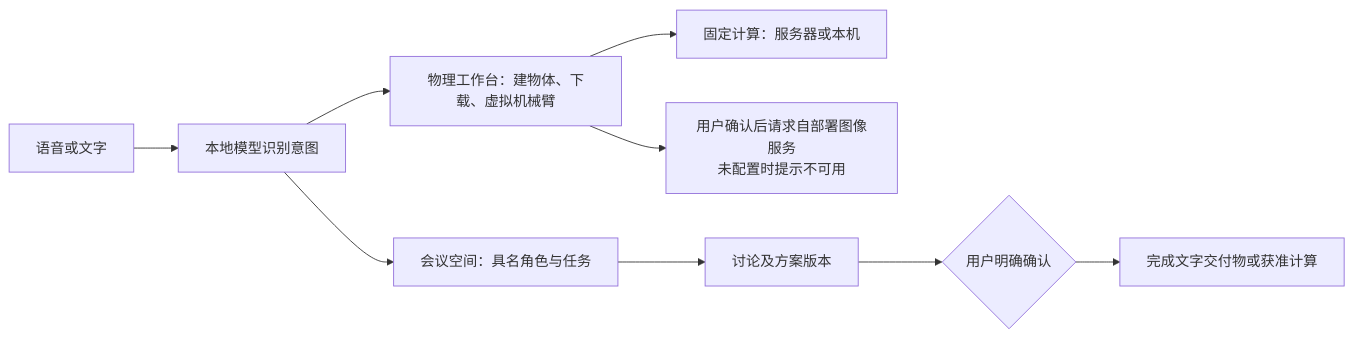
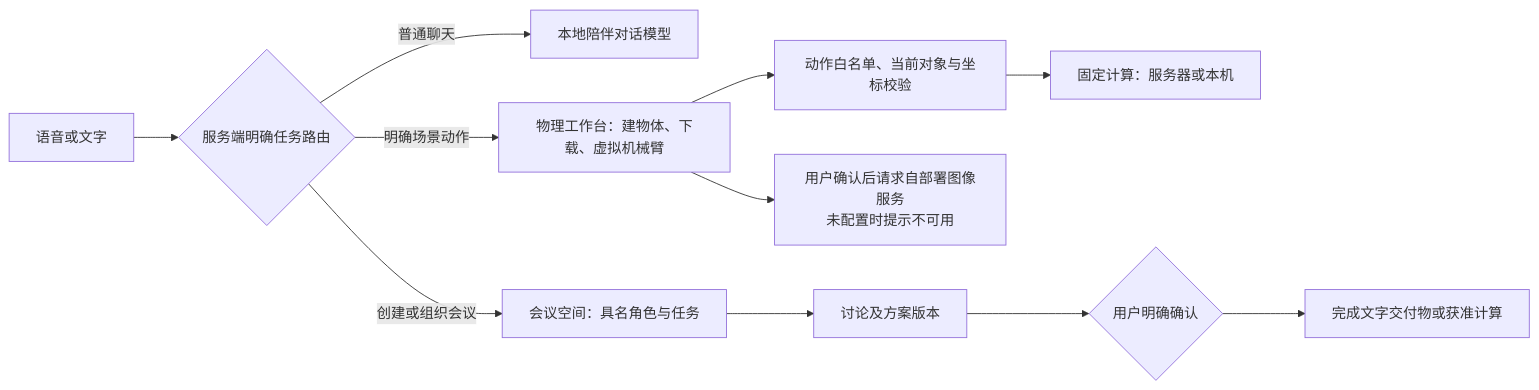
Before and after one commit to wuki-creator/Xim-duplex: the first of 6 diagrams in docs/MODEL_FLOW.md, drawn with Mermaid. The commit also changed other lines of this file and 19 other files, not shown here.

````diff
--- a/docs/MODEL_FLOW.md
+++ b/docs/MODEL_FLOW.md
@@ -11,11 +11,13 @@
 ```mermaid
 flowchart LR
-    TALK[语音或文字] --> ROUTE[本地模型识别意图]
-    ROUTE --> LAB[物理工作台：建物体、下载、虚拟机械臂]
-    LAB --> COMPUTE[固定计算：服务器或本机]
+    TALK[语音或文字] --> ROUTE{服务端明确任务路由}
+    ROUTE -->|普通聊天| CHAT[本地陪伴对话模型]
+    ROUTE -->|明确场景动作| LAB[物理工作台：建物体、下载、虚拟机械臂]
+    LAB --> CHECK[动作白名单、当前对象与坐标校验]
+    CHECK --> COMPUTE[固定计算：服务器或本机]
     LAB --> IMAGE[用户确认后请求自部署图像服务<br/>未配置时提示不可用]
-    ROUTE --> ROOM[会议空间：具名角色与任务]
+    ROUTE -->|创建或组织会议| ROOM[会议空间：具名角色与任务]
     ROOM --> PLAN[讨论及方案版本]
     PLAN --> CONFIRM{用户明确确认}
     CONFIRM --> RESULT[完成文字交付物或获准计算]
 ```
````
